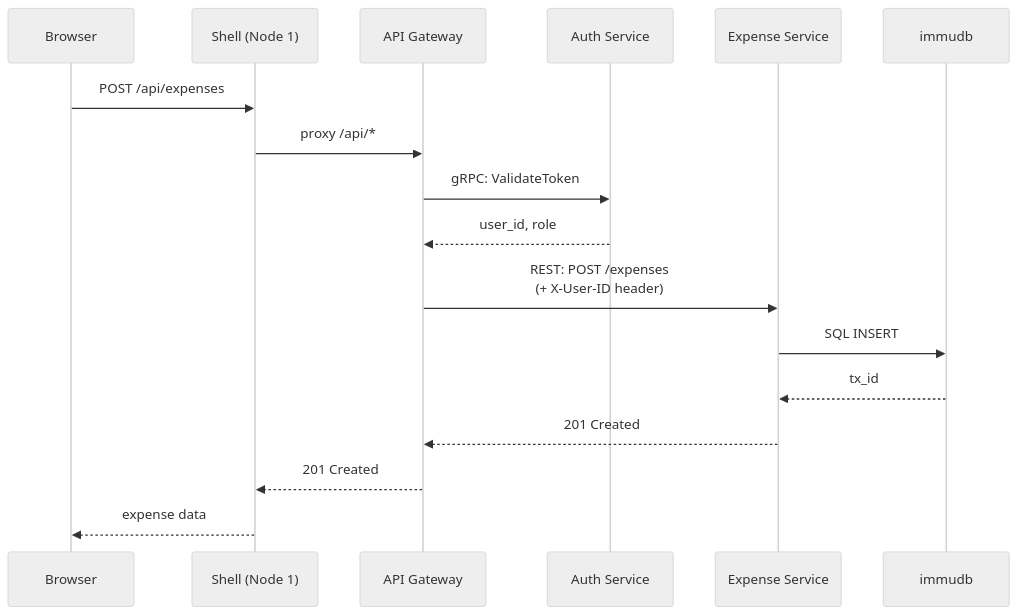
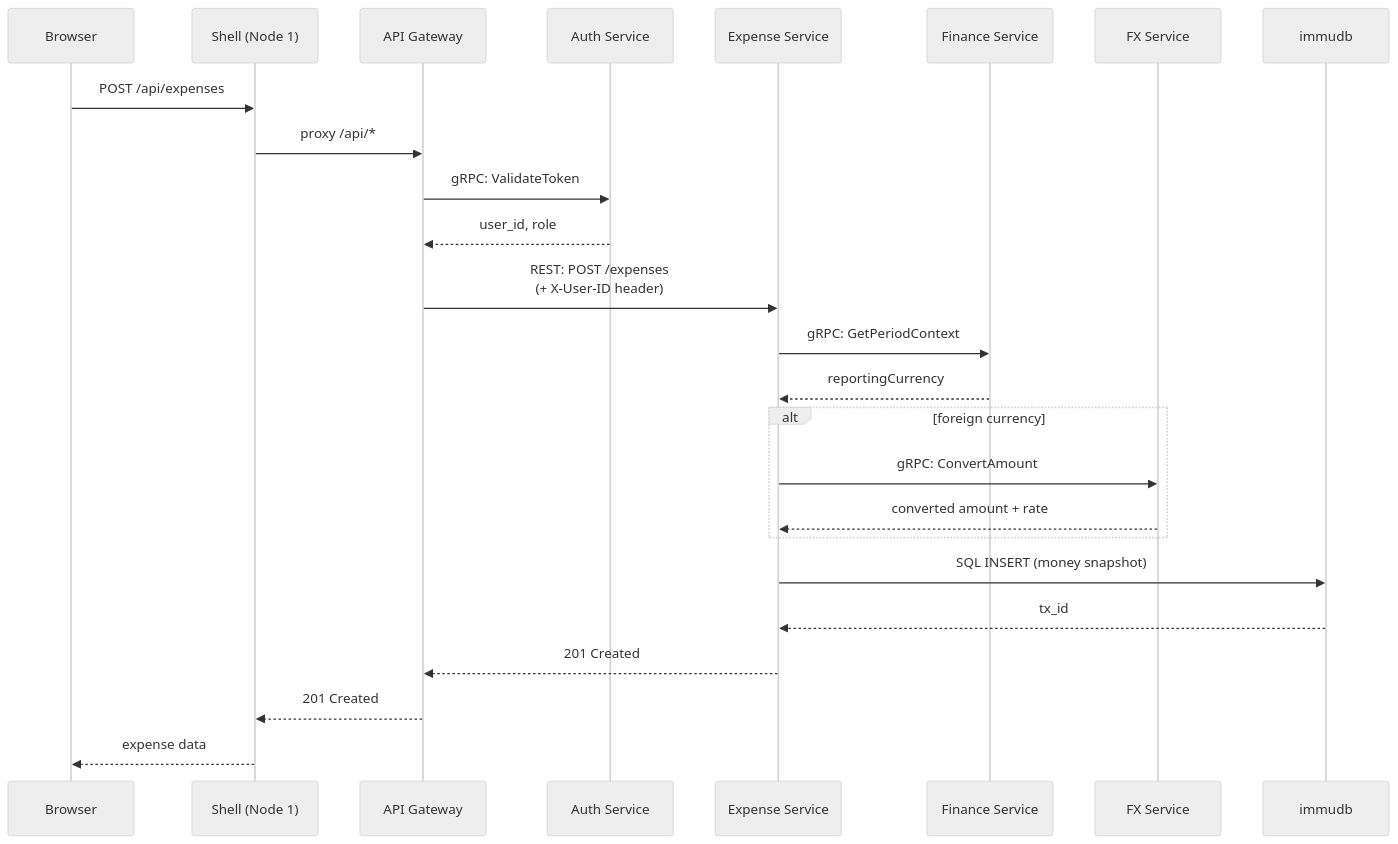
One commit to ItsThompson/gofin changed the second of 5 diagrams in docs/architecture.md. Above: the diagram before and after it, drawn with Mermaid (neutral theme). The commit also changed other lines of this file, not shown here.

Commit message:
docs: update architecture for FX Service and internal gRPC boundaries

````diff
--- a/docs/architecture.md
+++ b/docs/architecture.md
@@ -182,20 +214,28 @@
 ```mermaid
 sequenceDiagram
     participant B as Browser
     participant S as Shell (Node 1)
     participant G as API Gateway
     participant A as Auth Service
     participant E as Expense Service
+    participant F as Finance Service
+    participant FX as FX Service
     participant I as immudb
 
     B->>S: POST /api/expenses
     S->>G: proxy /api/*
     G->>A: gRPC: ValidateToken
     A-->>G: user_id, role
     G->>E: REST: POST /expenses<br/>(+ X-User-ID header)
-    E->>I: SQL INSERT
+    E->>F: gRPC: GetPeriodContext
+    F-->>E: reportingCurrency
+    alt foreign currency
+        E->>FX: gRPC: ConvertAmount
+        FX-->>E: converted amount + rate
+    end
+    E->>I: SQL INSERT (money snapshot)
     I-->>E: tx_id
     E-->>G: 201 Created
     G-->>S: 201 Created
     S-->>B: expense data
 ```
````
